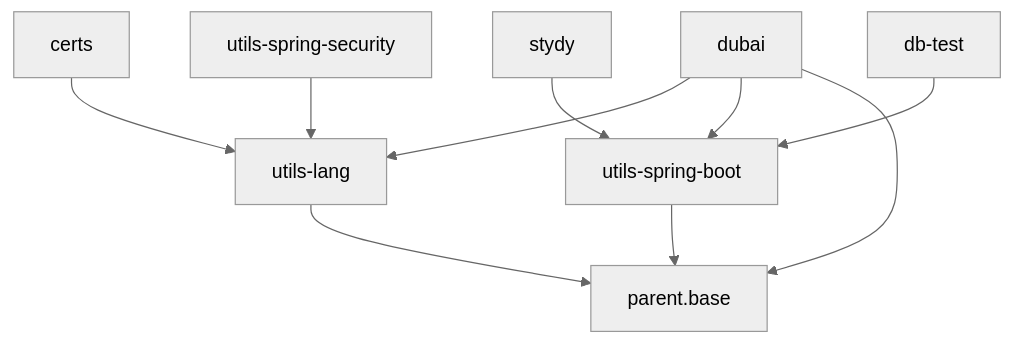
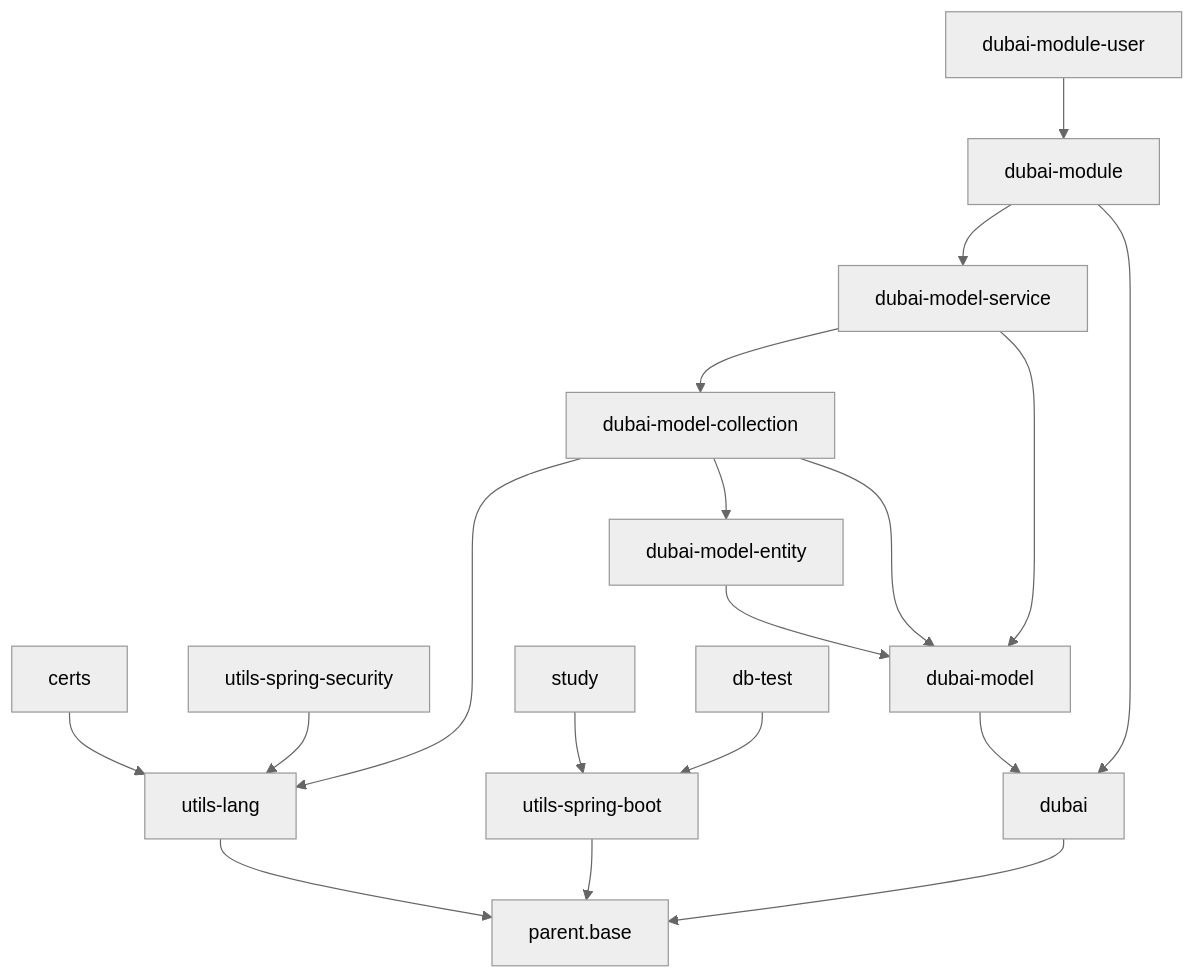
The diagram in README.md (dbstarll/dbstarll.github.io), drawn with Mermaid (neutral theme) before and after one commit. The commit also changed other lines of this file, not shown here.

Commit message:
增加dubai

````diff
--- a/README.md
+++ b/README.md
@@ -10,14 +11,24 @@
 ```mermaid
 graph TD;
     utils-lang-->parent.base;
     certs-->utils-lang;
-    dubai-->utils-lang;
     utils-spring-security-->utils-lang;
 
     utils-spring-boot-->parent.base;
-    stydy-->utils-spring-boot;
-    dubai-->utils-spring-boot;
+    study-->utils-spring-boot;
     db-test-->utils-spring-boot;
 
     dubai-->parent.base;
+    dubai-model-->dubai;
+    dubai-model-entity-->dubai-model;
+    dubai-model-collection-->dubai-model;
+    dubai-model-collection-->dubai-model-entity;
+    dubai-model-collection-->utils-lang;
+    dubai-model-service-->dubai-model;
+    dubai-model-service-->dubai-model-collection;
+    dubai-module-->dubai;
+    dubai-module-->dubai-model-service;
+    
+    dubai-module-user-->dubai-module;
+
 ```
````
